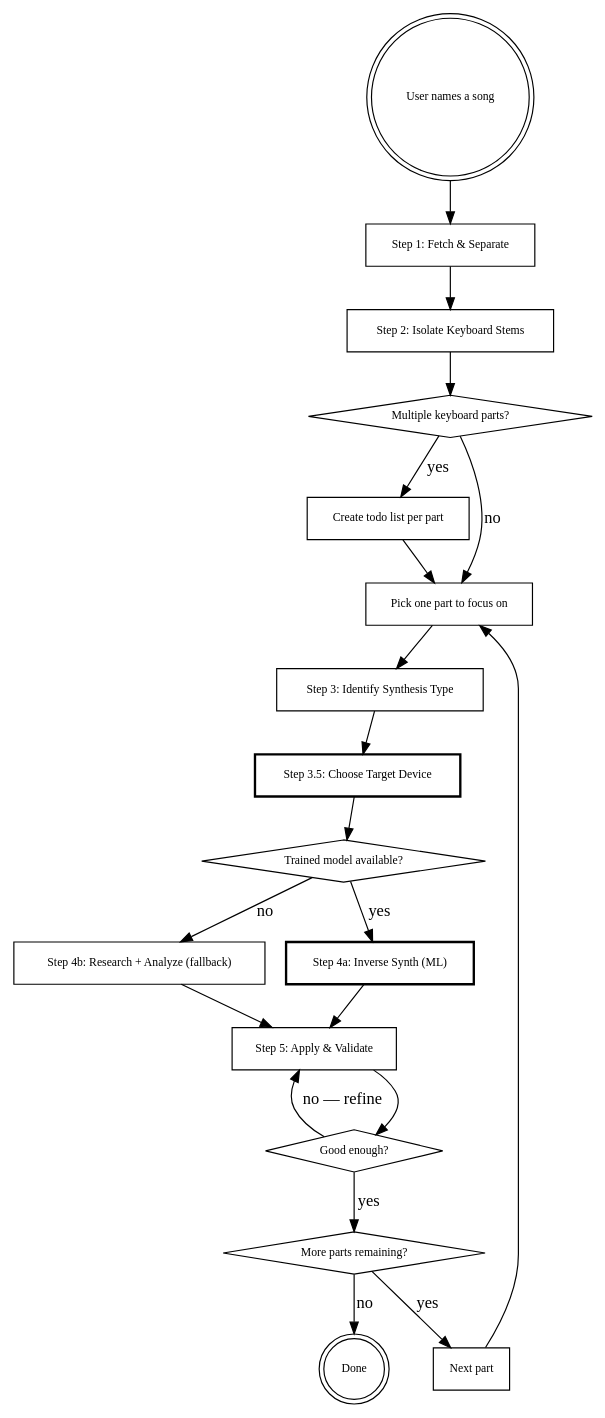
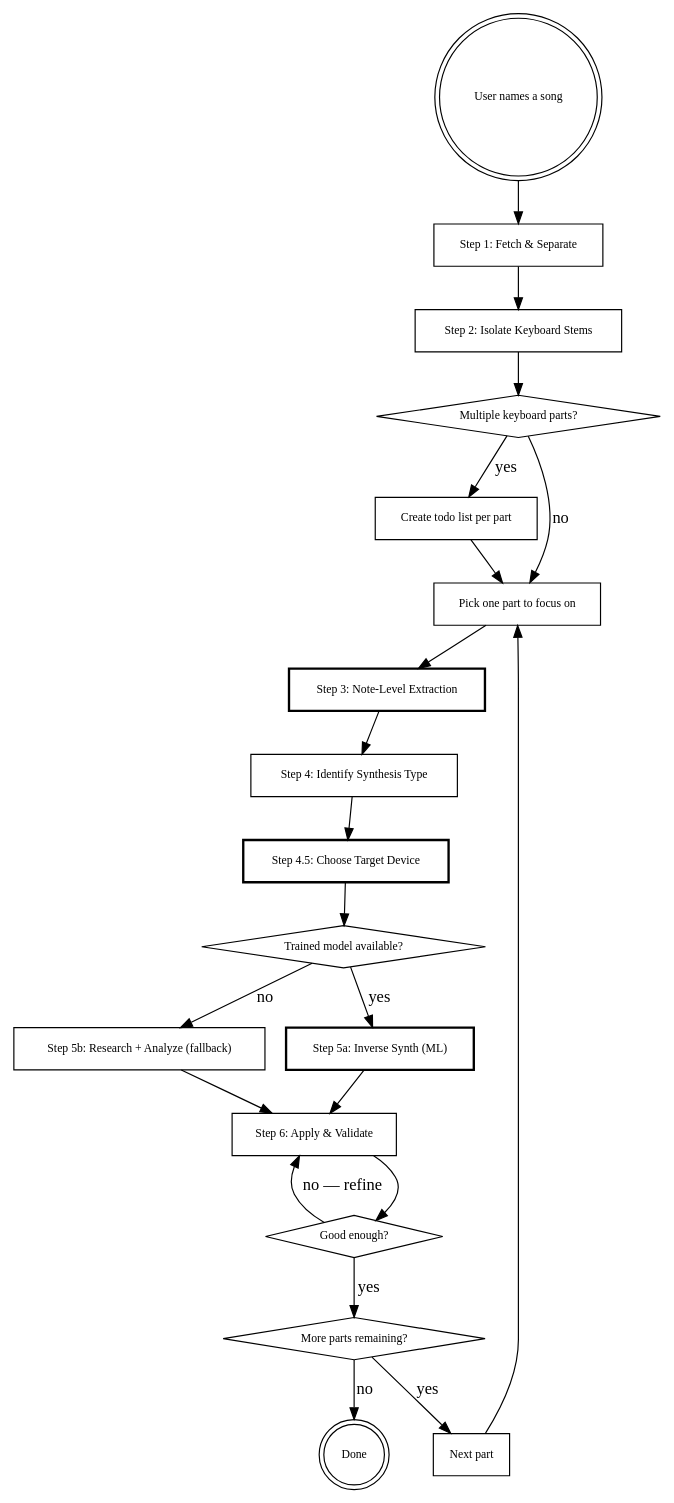
One commit to uribrecher/sound-recreation-agent changed the diagram in prompts/recreate-sound.md. Above: the diagram before and after it, drawn with Graphviz. The commit also changed other lines of this file, not shown here.

First line of the commit message:
feat: add note-level extraction step and sound engine taxonomy to skill

````diff
--- a/prompts/recreate-sound.md
+++ b/prompts/recreate-sound.md
@@ -26,43 +26,45 @@
 ```dot
 digraph recreate_sound {
     rankdir=TB;
     node [fontsize=10];
 
     "User names a song" [shape=doublecircle];
     "Step 1: Fetch & Separate" [shape=box];
     "Step 2: Isolate Keyboard Stems" [shape=box];
     "Multiple keyboard parts?" [shape=diamond];
     "Create todo list per part" [shape=box];
     "Pick one part to focus on" [shape=box];
-    "Step 3: Identify Synthesis Type" [shape=box];
-    "Step 3.5: Choose Target Device" [shape=box, style=bold];
+    "Step 3: Note-Level Extraction" [shape=box, style=bold];
+    "Step 4: Identify Synthesis Type" [shape=box];
+    "Step 4.5: Choose Target Device" [shape=box, style=bold];
     "Trained model available?" [shape=diamond];
-    "Step 4a: Inverse Synth (ML)" [shape=box, style=bold];
-    "Step 4b: Research + Analyze (fallback)" [shape=box];
-    "Step 5: Apply & Validate" [shape=box];
+    "Step 5a: Inverse Synth (ML)" [shape=box, style=bold];
+    "Step 5b: Research + Analyze (fallback)" [shape=box];
+    "Step 6: Apply & Validate" [shape=box];
     "Good enough?" [shape=diamond];
     "More parts remaining?" [shape=diamond];
     "Next part" [shape=box];
     "Done" [shape=doublecircle];
 
     "User names a song" -> "Step 1: Fetch & Separate";
     "Step 1: Fetch & Separate" -> "Step 2: Isolate Keyboard Stems";
     "Step 2: Isolate Keyboard Stems" -> "Multiple keyboard parts?";
     "Multiple keyboard parts?" -> "Create todo list per part" [label="yes"];
     "Multiple keyboard parts?" -> "Pick one part to focus on" [label="no"];
     "Create todo list per part" -> "Pick one part to focus on";
-    "Pick one part to focus on" -> "Step 3: Identify Synthesis Type";
-    "Step 3: Identify Synthesis Type" -> "Step 3.5: Choose Target Device";
-    "Step 3.5: Choose Target Device" -> "Trained model available?";
-    "Trained model available?" -> "Step 4a: Inverse Synth (ML)" [label="yes"];
-    "Trained model available?" -> "Step 4b: Research + Analyze (fallback)" [label="no"];
-    "Step 4a: Inverse Synth (ML)" -> "Step 5: Apply & Validate";
-    "Step 4b: Research + Analyze (fallback)" -> "Step 5: Apply & Validate";
-    "Step 5: Apply & Validate" -> "Good enough?";
+    "Pick one part to focus on" -> "Step 3: Note-Level Extraction";
+    "Step 3: Note-Level Extraction" -> "Step 4: Identify Synthesis Type";
+    "Step 4: Identify Synthesis Type" -> "Step 4.5: Choose Target Device";
+    "Step 4.5: Choose Target Device" -> "Trained model available?";
+    "Trained model available?" -> "Step 5a: Inverse Synth (ML)" [label="yes"];
+    "Trained model available?" -> "Step 5b: Research + Analyze (fallback)" [label="no"];
+    "Step 5a: Inverse Synth (ML)" -> "Step 6: Apply & Validate";
+    "Step 5b: Research + Analyze (fallback)" -> "Step 6: Apply & Validate";
+    "Step 6: Apply & Validate" -> "Good enough?";
     "Good enough?" -> "More parts remaining?" [label="yes"];
-    "Good enough?" -> "Step 5: Apply & Validate" [label="no — refine"];
+    "Good enough?" -> "Step 6: Apply & Validate" [label="no — refine"];
     "More parts remaining?" -> "Next part" [label="yes"];
     "More parts remaining?" -> "Done" [label="no"];
     "Next part" -> "Pick one part to focus on";
 }
 ```
````
